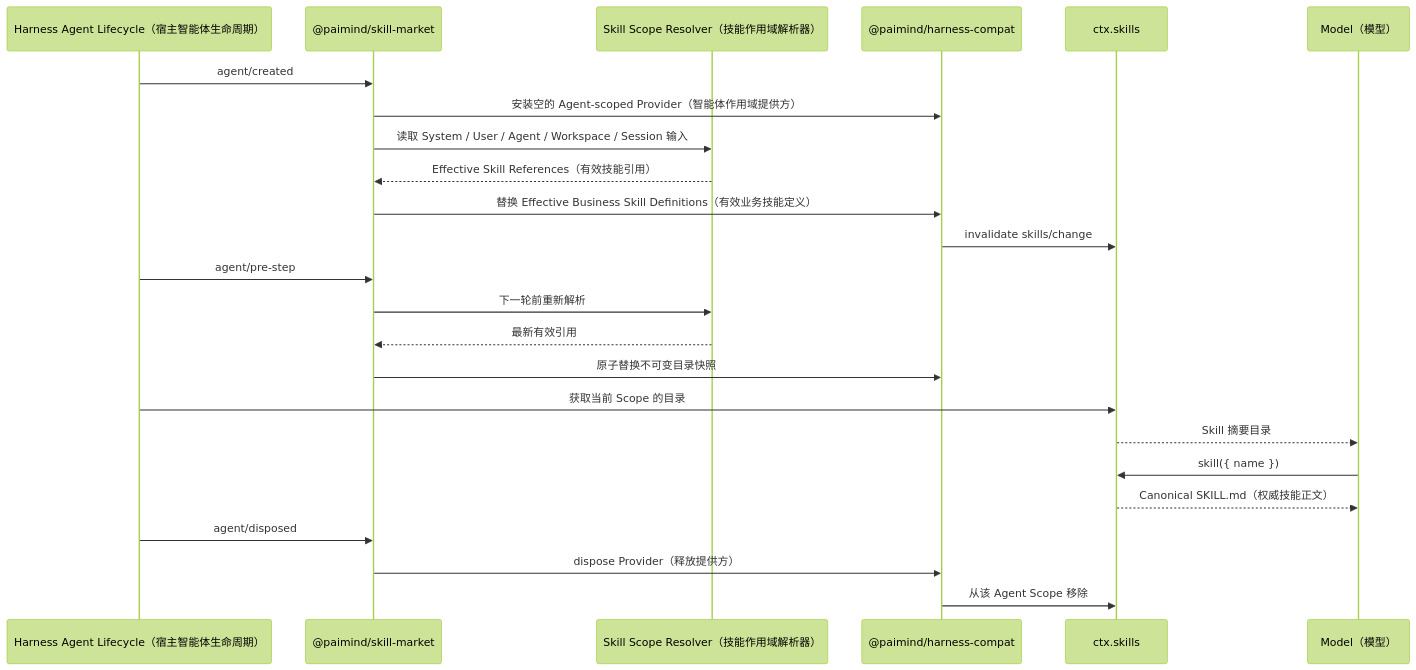
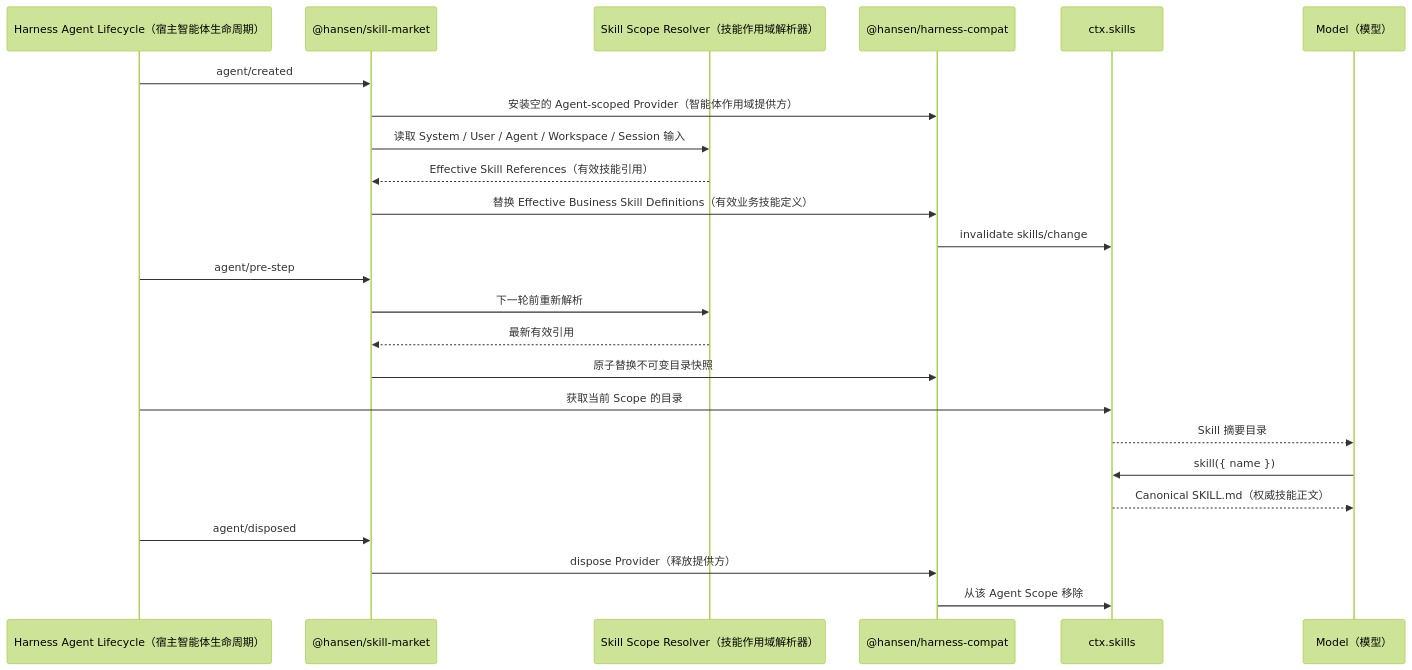
The fourth of 4 diagrams in docs/architecture/plugin-ai-skill-catalog-flow.md (Hanyan179/paimind-harness-plugins), drawn with Mermaid (forest theme) before and after one commit. The commit also changed other lines of this file and 364 other files, not shown here.

````diff
--- a/docs/architecture/plugin-ai-skill-catalog-flow.md
+++ b/docs/architecture/plugin-ai-skill-catalog-flow.md
@@ -232,30 +232,30 @@
 ```mermaid
 sequenceDiagram
   participant H as Harness Agent Lifecycle（宿主智能体生命周期）
-  participant SM as @paimind/skill-market
+  participant SM as @hansen/skill-market
   participant R as Skill Scope Resolver（技能作用域解析器）
-  participant C as @paimind/harness-compat
+  participant C as @hansen/harness-compat
   participant S as ctx.skills
   participant M as Model（模型）
 
   H->>SM: agent/created
   SM->>C: 安装空的 Agent-scoped Provider（智能体作用域提供方）
   SM->>R: 读取 System / User / Agent / Workspace / Session 输入
   R-->>SM: Effective Skill References（有效技能引用）
   SM->>C: 替换 Effective Business Skill Definitions（有效业务技能定义）
   C->>S: invalidate skills/change
 
   H->>SM: agent/pre-step
   SM->>R: 下一轮前重新解析
   R-->>SM: 最新有效引用
   SM->>C: 原子替换不可变目录快照
   H->>S: 获取当前 Scope 的目录
   S-->>M: Skill 摘要目录
 
   M->>S: skill({ name })
   S-->>M: Canonical SKILL.md（权威技能正文）
 
   H->>SM: agent/disposed
   SM->>C: dispose Provider（释放提供方）
   C->>S: 从该 Agent Scope 移除
 ```
````
